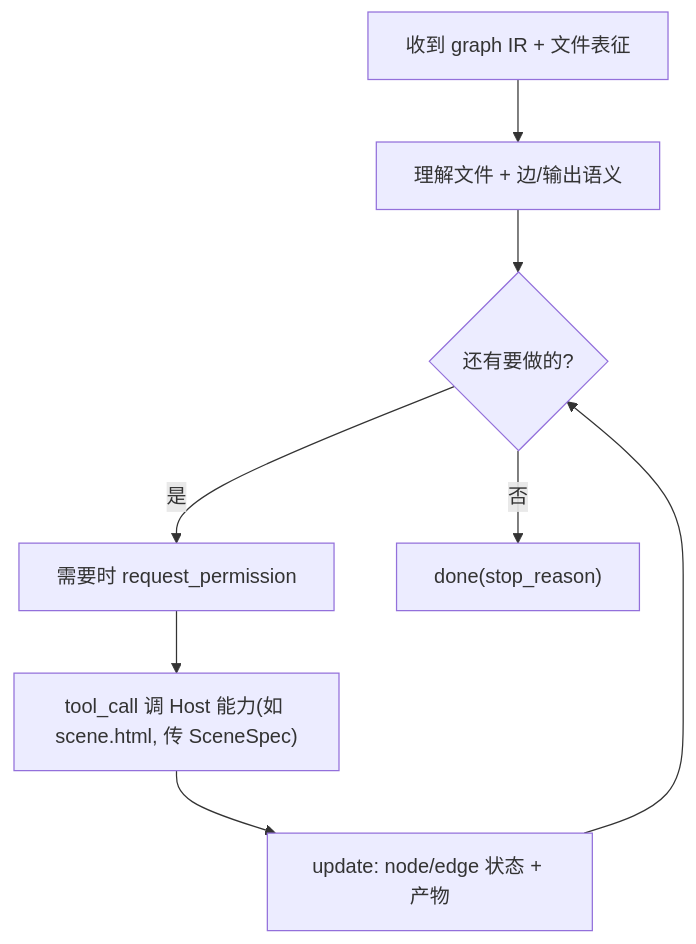
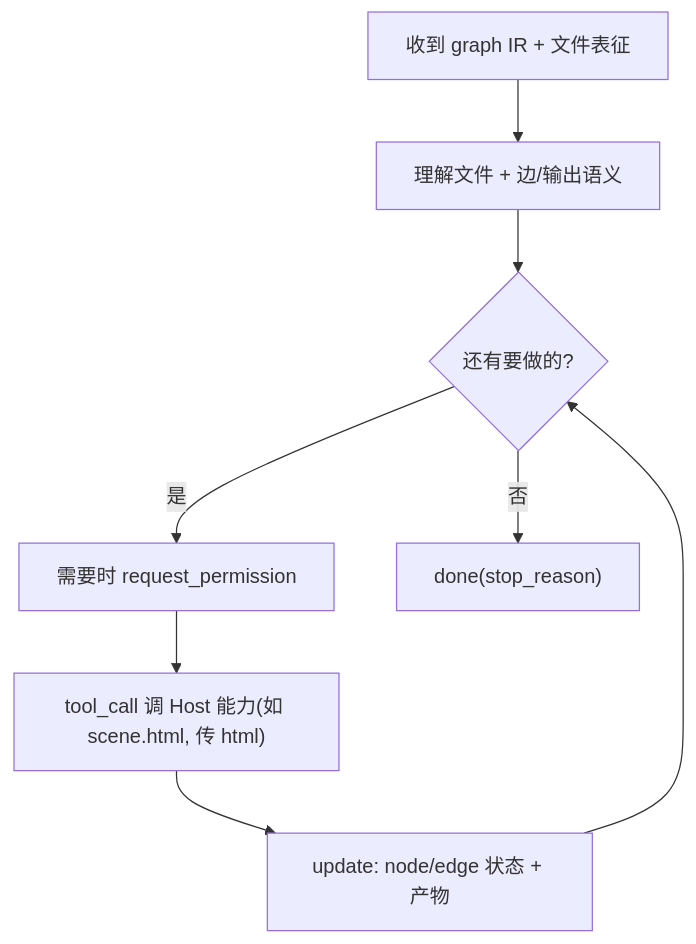
The third of 4 diagrams in docs/02-technical-design.md (creativedswork/DSWeave), drawn with Mermaid before and after one commit. The commit also changed other lines of this file and 6 other files, not shown here.

````diff
--- a/docs/02-technical-design.md
+++ b/docs/02-technical-design.md
@@ -433,10 +445,10 @@
 ```mermaid
 flowchart TD
   P["收到 graph IR + 文件表征"] --> READ["理解文件 + 边/输出语义"]
   READ --> LOOP{"还有要做的?"}
   LOOP -- 是 --> PERM["需要时 request_permission"]
-  PERM --> CALL["tool_call 调 Host 能力(如 scene.html, 传 SceneSpec)"]
+  PERM --> CALL["tool_call 调 Host 能力(如 scene.html, 传 html)"]
   CALL --> UPD["update: node/edge 状态 + 产物"]
   UPD --> LOOP
   LOOP -- 否 --> DONE["done(stop_reason)"]
 ```
````
